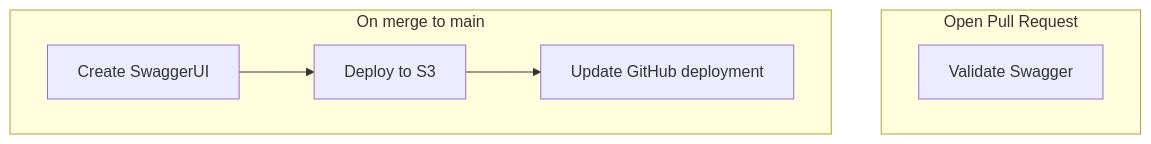
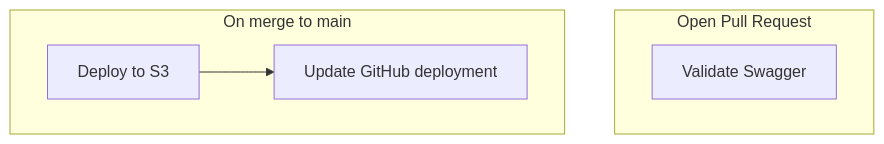
One commit to sudoblark/sudoblark.monsternames.open-api changed the diagram in README.md. Above: the diagram before and after it, drawn with Mermaid. The commit also changed 2 other files, not shown here.

Commit message:
Simplify artefact creation
- Via simply using a static index.html file which references our yaml directly in GitHub, the creation and push becomes much easier

````diff
--- a/README.md
+++ b/README.md
@@ -118,16 +118,14 @@
 ```mermaid
 flowchart TD
 
     subgraph open_pull_request[Open Pull Request]
         validator[Validate Swagger]
     end
 
     subgraph on_merge_to_main[On merge to main]
-        create_artefact[Create SwaggerUI]
         github_deployment[Update GitHub deployment]
         deploy_artefact[Deploy to S3]
 
-        create_artefact --> deploy_artefact
         deploy_artefact --> github_deployment
     end
 ```
````
